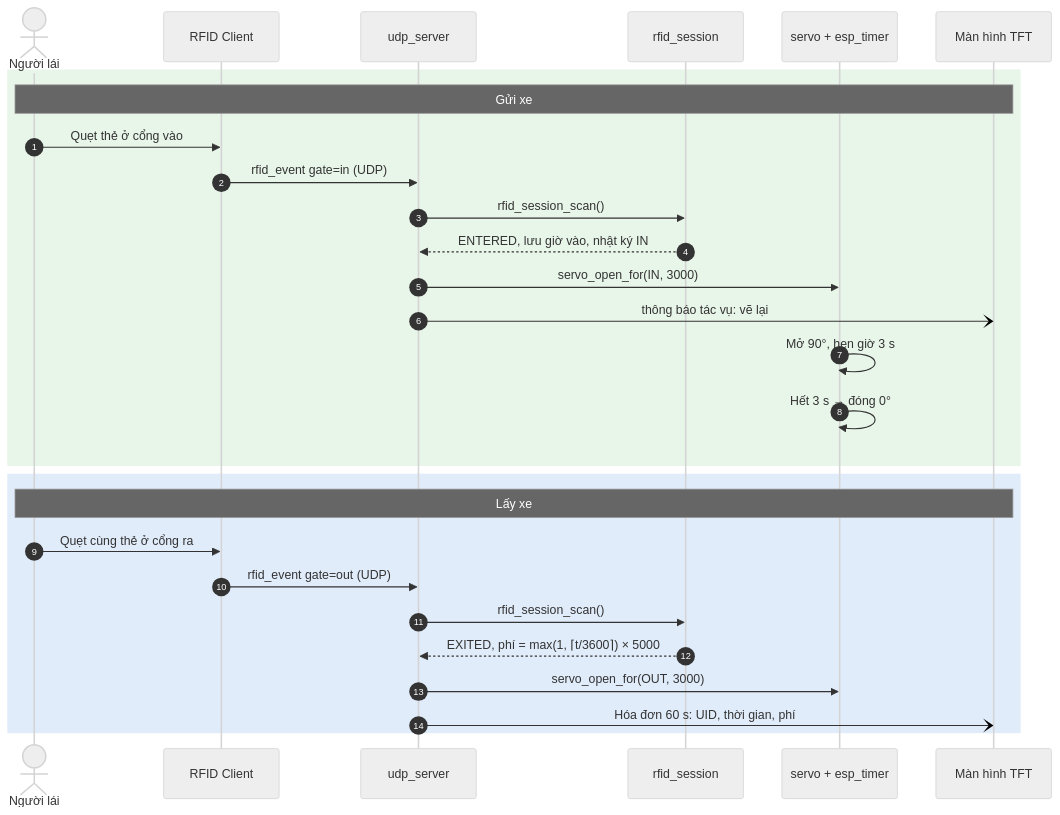
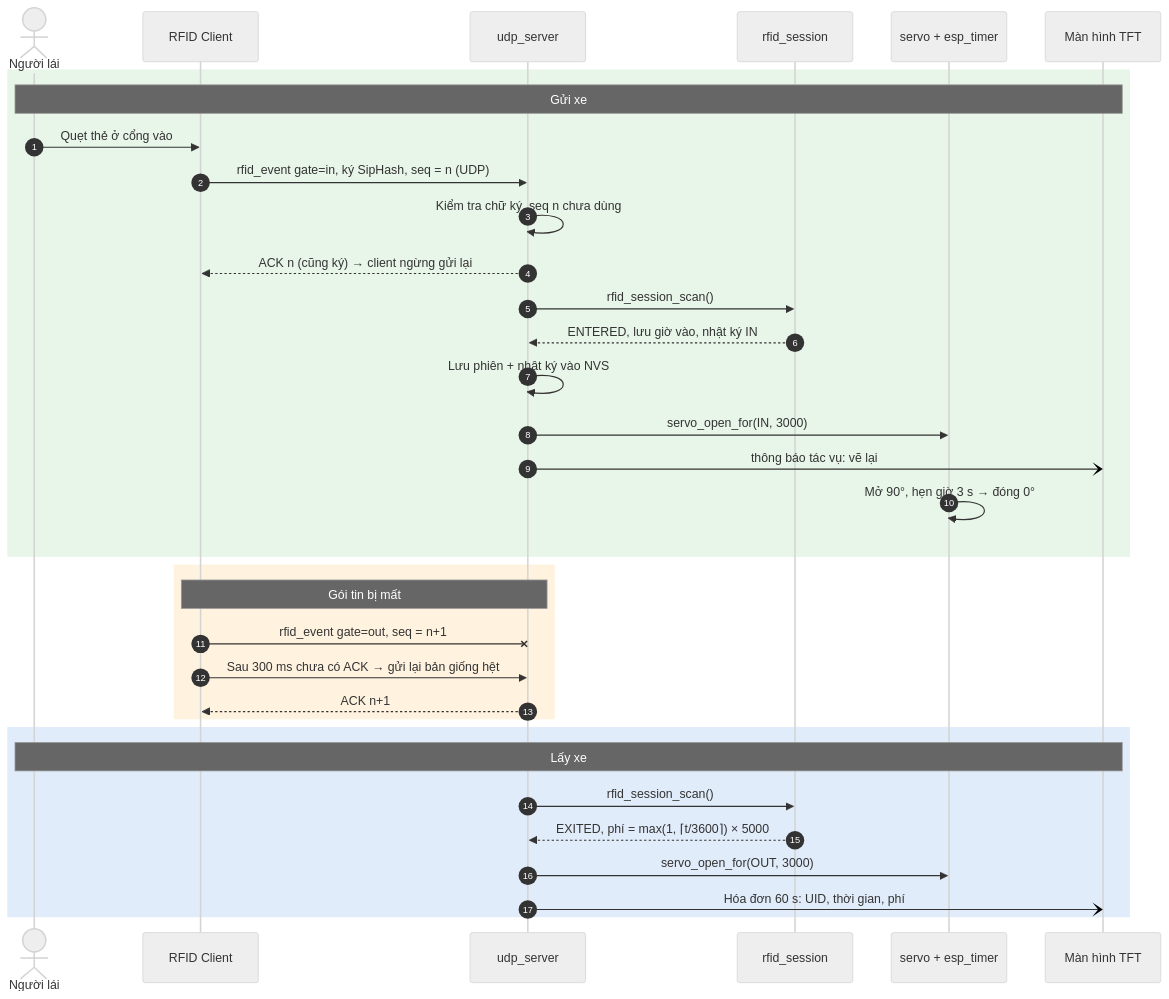
The diagram in report/diagrams/seq_rfid.mmd (thinhdinh25/INT3108_embedded-Smart-Parking-Project), drawn with Mermaid (neutral theme) before and after one commit. The commit also changed 65 other files, not shown here.

First line of the commit message:
Sign UDP packets, ACK RFID scans, persist sessions; update report

```diff
--- a/report/diagrams/seq_rfid.mmd
+++ b/report/diagrams/seq_rfid.mmd
@@ -1,28 +1,34 @@
 sequenceDiagram
   autonumber
   actor U as Người lái
   participant C as RFID Client
   participant S as udp_server
   participant R as rfid_session
   participant B as servo + esp_timer
   participant L as Màn hình TFT
   rect rgb(232, 245, 233)
   Note over U,L: Gửi xe
   U->>C: Quẹt thẻ ở cổng vào
-  C->>S: rfid_event gate=in (UDP)
+  C->>S: rfid_event gate=in, ký SipHash, seq = n (UDP)
+  S->>S: Kiểm tra chữ ký, seq n chưa dùng
+  S-->>C: ACK n (cũng ký) → client ngừng gửi lại
   S->>R: rfid_session_scan()
   R-->>S: ENTERED, lưu giờ vào, nhật ký IN
+  S->>S: Lưu phiên + nhật ký vào NVS
   S->>B: servo_open_for(IN, 3000)
   S-)L: thông báo tác vụ: vẽ lại
-  B->>B: Mở 90°, hẹn giờ 3 s
-  B->>B: Hết 3 s → đóng 0°
+  B->>B: Mở 90°, hẹn giờ 3 s → đóng 0°
+  end
+  rect rgb(255, 243, 224)
+  Note over C,S: Gói tin bị mất
+  C-xS: rfid_event gate=out, seq = n+1
+  C->>S: Sau 300 ms chưa có ACK → gửi lại bản giống hệt
+  S-->>C: ACK n+1
   end
   rect rgb(225, 236, 250)
   Note over U,L: Lấy xe
-  U->>C: Quẹt cùng thẻ ở cổng ra
-  C->>S: rfid_event gate=out (UDP)
   S->>R: rfid_session_scan()
   R-->>S: EXITED, phí = max(1, ⌈t/3600⌉) × 5000
   S->>B: servo_open_for(OUT, 3000)
   S-)L: Hóa đơn 60 s: UID, thời gian, phí
   end
```
